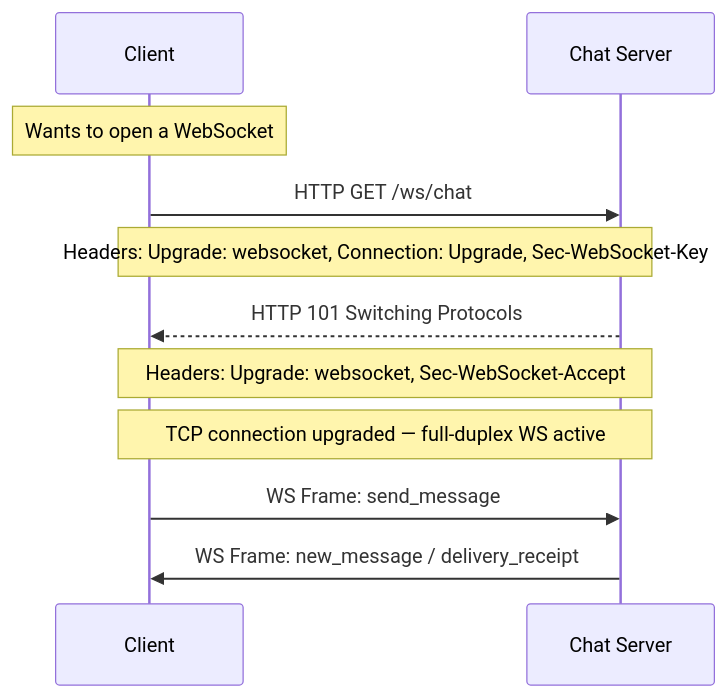
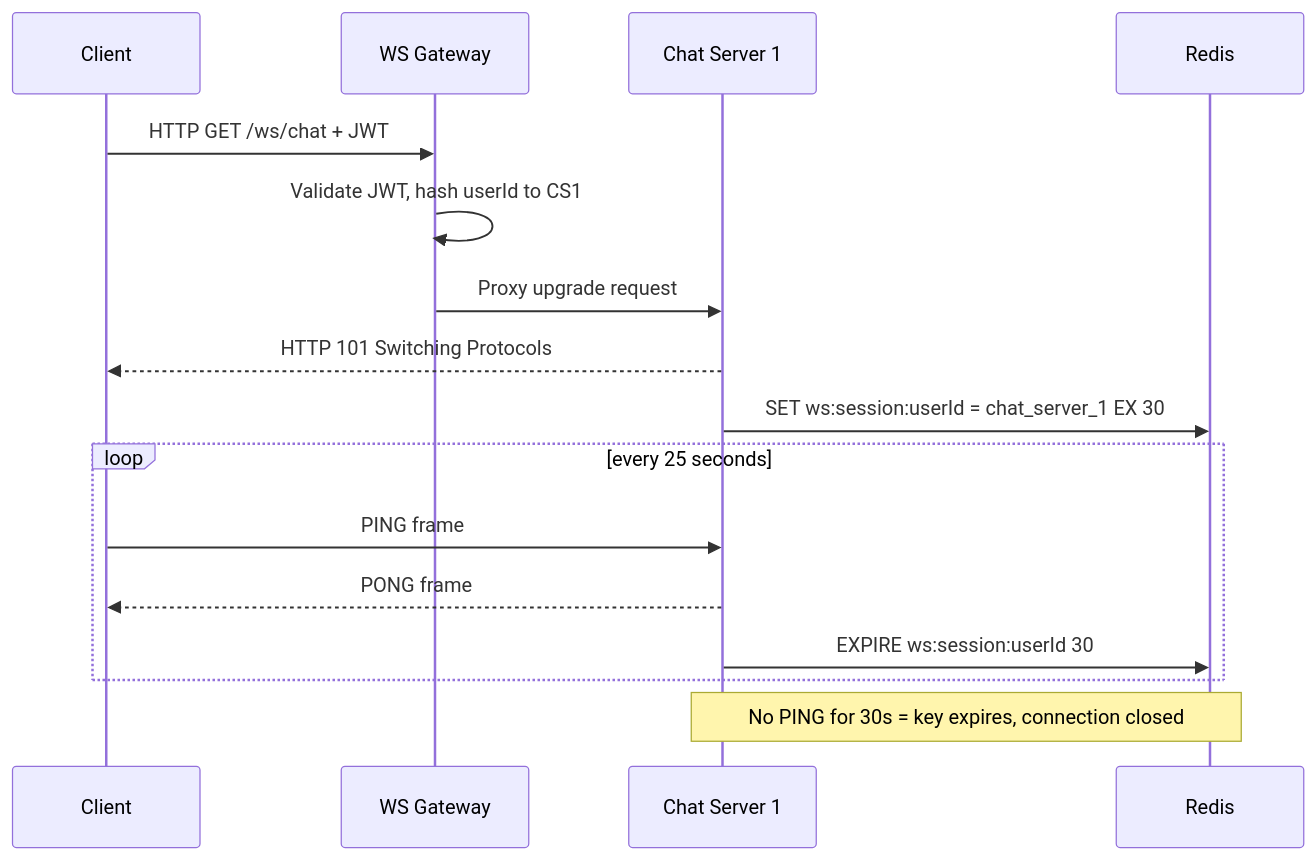
Before and after one commit to shyamalm88/MechineCoding: the sixth of 7 diagrams in system-design/latest & updated/chat-app-whatsapp-web.md, drawn with Mermaid. The commit also changed other lines of this file and 9 other files, not shown here.

````diff
--- a/system-design/latest & updated/chat-app-whatsapp-web.md
+++ b/system-design/latest & updated/chat-app-whatsapp-web.md
@@ -487,14 +323,19 @@
 ```mermaid
 sequenceDiagram
     participant C as Client
-    participant S as Chat Server
+    participant WG as WS Gateway
+    participant CS as Chat Server 1
+    participant R as Redis
 
-    Note over C: Wants to open a WebSocket
-    C->>S: HTTP GET /ws/chat
-    Note over C,S: Headers: Upgrade: websocket, Connection: Upgrade, Sec-WebSocket-Key
-    S-->>C: HTTP 101 Switching Protocols
-    Note over C,S: Headers: Upgrade: websocket, Sec-WebSocket-Accept
-    Note over C,S: TCP connection upgraded — full-duplex WS active
-    C->>S: WS Frame: send_message
-    S->>C: WS Frame: new_message / delivery_receipt
+    C->>WG: HTTP GET /ws/chat + JWT
+    WG->>WG: Validate JWT, hash userId to CS1
+    WG->>CS: Proxy upgrade request
+    CS-->>C: HTTP 101 Switching Protocols
+    CS->>R: SET ws:session:userId = chat_server_1 EX 30
+    loop every 25 seconds
+        C->>CS: PING frame
+        CS-->>C: PONG frame
+        CS->>R: EXPIRE ws:session:userId 30
+    end
+    Note over CS,R: No PING for 30s = key expires, connection closed
 ```
````
